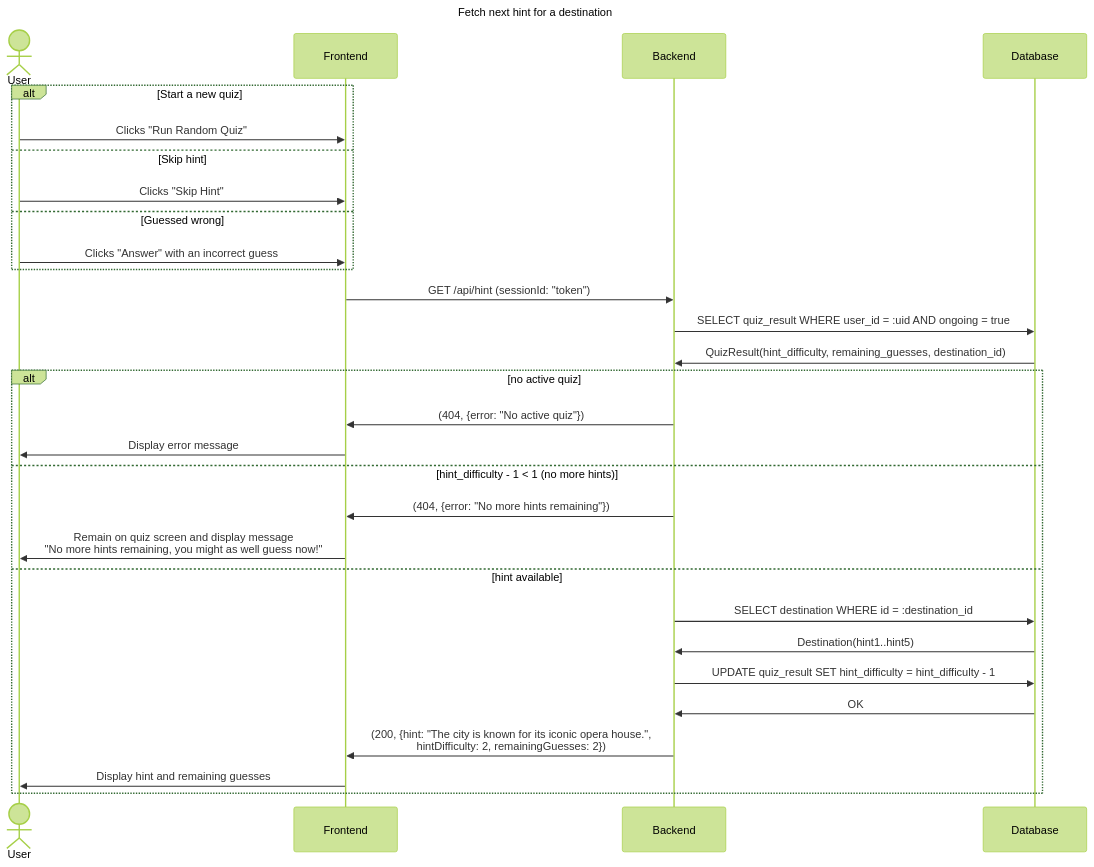
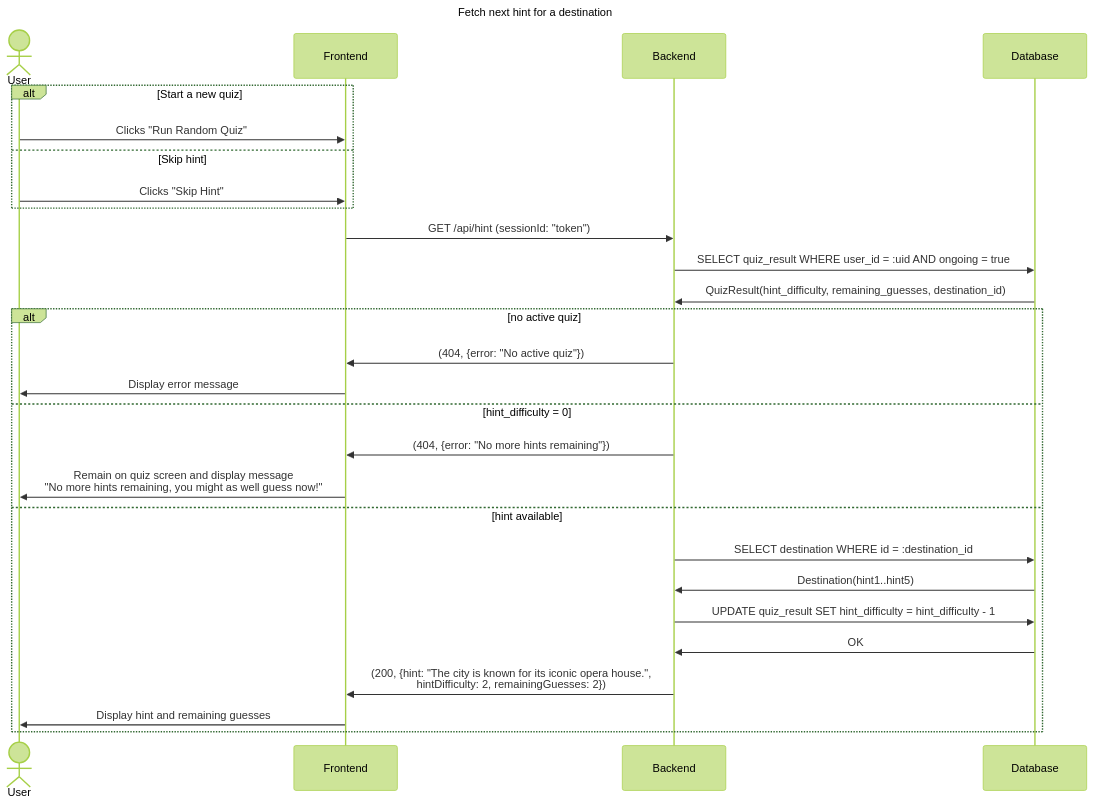
The diagram in docs/hint.md (fylke/travel-quizzer), drawn with Mermaid (forest theme) before and after one commit. The commit also changed 1 other file, not shown here.

Commit message:
Minor updates to design docs

````diff
--- a/docs/hint.md
+++ b/docs/hint.md
@@ -1,37 +1,35 @@
 ```mermaid
 sequenceDiagram
     title Fetch next hint for a destination
 
     actor User
     participant Frontend
     participant Backend
     participant Database
 
     alt Start a new quiz
         User->>Frontend: Clicks "Run Random Quiz"
     else Skip hint
         User->>Frontend: Clicks "Skip Hint"
-    else Guessed wrong
-        User->>Frontend: Clicks "Answer" with an incorrect guess
     end
 
     Frontend->>Backend: GET /api/hint (sessionId: "token")
 
     Backend->>Database: SELECT quiz_result WHERE user_id = :uid AND ongoing = true
     Database->>Backend: QuizResult(hint_difficulty, remaining_guesses, destination_id)
 
     alt no active quiz
         Backend->>Frontend: (404, {error: "No active quiz"})
         Frontend->>User: Display error message
-    else hint_difficulty - 1 < 1 (no more hints)
+    else hint_difficulty = 0
         Backend->>Frontend: (404, {error: "No more hints remaining"})
         Frontend->>User: Remain on quiz screen and display message<br/>"No more hints remaining, you might as well guess now!"
     else hint available
         Backend->>Database: SELECT destination WHERE id = :destination_id
         Database->>Backend: Destination(hint1..hint5)
         Backend->>Database: UPDATE quiz_result SET hint_difficulty = hint_difficulty - 1
         Database->>Backend: OK
         Backend->>Frontend: (200, {hint: "The city is known for its iconic opera house.",<br/>hintDifficulty: 2, remainingGuesses: 2})
         Frontend->>User: Display hint and remaining guesses
     end
 ```
````
